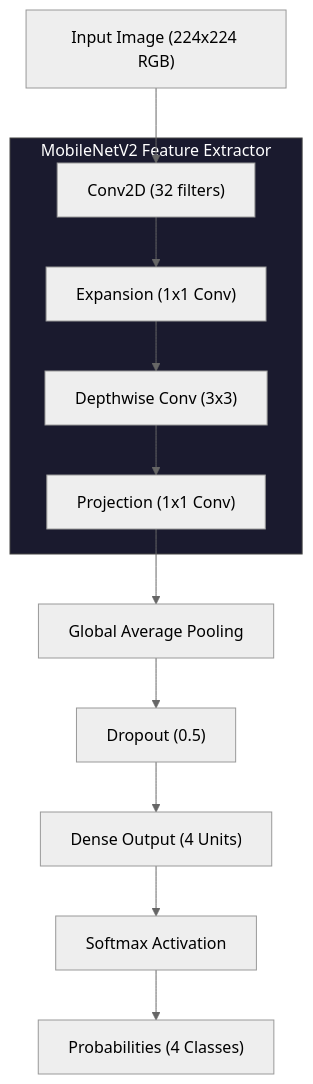
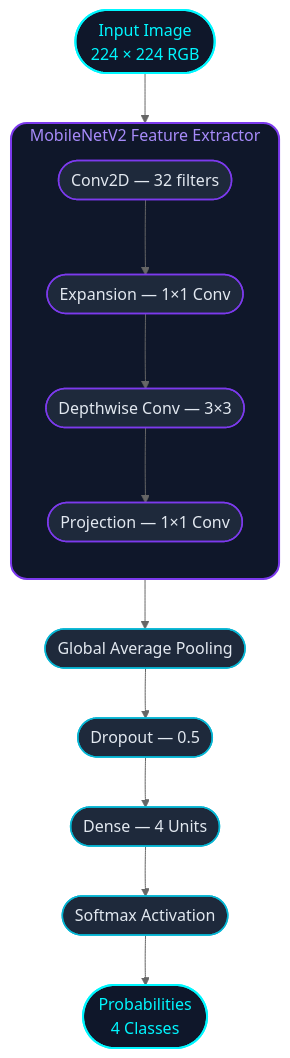
Before and after one commit to yashnaiduu/NeuroScan: the diagram in README.md, drawn with Mermaid (neutral theme).

Commit message:
Architecture: rounded nodes, color-coded layers, dark theme styling

````diff
--- a/README.md
+++ b/README.md
@@ -83,29 +83,34 @@
 ```mermaid
-graph TD
-    Input["Input Image (224x224 RGB)"]
+flowchart TD
+    Input([" Input Image\n 224 × 224 RGB "])
 
-    subgraph MobileNetV2["MobileNetV2 Feature Extractor"]
-        Conv1["Conv2D (32 filters)"]
-        Exp["Expansion (1x1 Conv)"]
-        DW["Depthwise Conv (3x3)"]
-        Proj["Projection (1x1 Conv)"]
+    subgraph MobileNetV2["  MobileNetV2 Feature Extractor  "]
+        direction TB
+        Conv1(["Conv2D — 32 filters"])
+        Exp(["Expansion — 1×1 Conv"])
+        DW(["Depthwise Conv — 3×3"])
+        Proj(["Projection — 1×1 Conv"])
+        Conv1 --> Exp --> DW --> Proj
     end
 
-    GAP["Global Average Pooling"]
-    Dropout["Dropout (0.5)"]
-    Dense["Dense Output (4 Units)"]
-    Softmax["Softmax Activation"]
-    Output["Probabilities (4 Classes)"]
+    GAP(["Global Average Pooling"])
+    Dropout(["Dropout — 0.5"])
+    Dense(["Dense — 4 Units"])
+    Softmax(["Softmax Activation"])
+    Output([" Probabilities\n 4 Classes "])
 
     Input --> Conv1
-    Conv1 --> Exp
-    Exp --> DW
-    DW --> Proj
-    Proj --> GAP
-    GAP --> Dropout
-    Dropout --> Dense
-    Dense --> Softmax
-    Softmax --> Output
+    Proj --> GAP --> Dropout --> Dense --> Softmax --> Output
 
-    style MobileNetV2 fill:#1a1a2e,stroke:#444,stroke-width:1px,color:#fff
+    style Input     fill:#0f172a,stroke:#00f7ff,stroke-width:2px,color:#00f7ff,rx:20
+    style Output    fill:#0f172a,stroke:#00f7ff,stroke-width:2px,color:#00f7ff,rx:20
+    style Conv1     fill:#1e293b,stroke:#7c3aed,stroke-width:1.5px,color:#e2e8f0,rx:12
+    style Exp       fill:#1e293b,stroke:#7c3aed,stroke-width:1.5px,color:#e2e8f0,rx:12
+    style DW        fill:#1e293b,stroke:#7c3aed,stroke-width:1.5px,color:#e2e8f0,rx:12
+    style Proj      fill:#1e293b,stroke:#7c3aed,stroke-width:1.5px,color:#e2e8f0,rx:12
+    style GAP       fill:#1e293b,stroke:#06b6d4,stroke-width:1.5px,color:#e2e8f0,rx:12
+    style Dropout   fill:#1e293b,stroke:#06b6d4,stroke-width:1.5px,color:#e2e8f0,rx:12
+    style Dense     fill:#1e293b,stroke:#06b6d4,stroke-width:1.5px,color:#e2e8f0,rx:12
+    style Softmax   fill:#1e293b,stroke:#06b6d4,stroke-width:1.5px,color:#e2e8f0,rx:12
+    style MobileNetV2 fill:#0f172a,stroke:#7c3aed,stroke-width:2px,color:#a78bfa,rx:16
 ```
````
